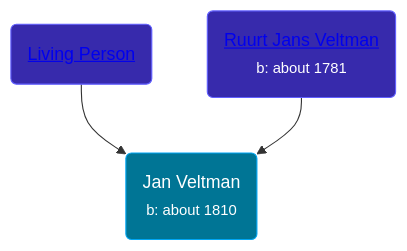
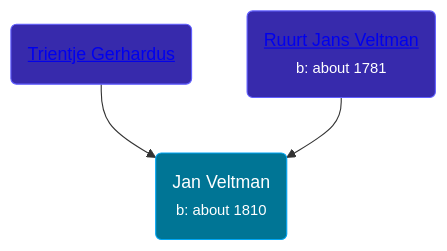
The diagram in pages/people/3/37166632.md (wpmgotkh/wpmgotkh.github.io), drawn with Mermaid before and after one commit. The commit also changed other lines of this file and 586 other files, not shown here.

Commit message:
feat: better shouldConsiderPersonLiving algo

````diff
--- a/pages/people/3/37166632.md
+++ b/pages/people/3/37166632.md
@@ -11,9 +11,9 @@
 ```mermaid
 graph
 classDef grands fill:#193cb8,stroke:#2b7fff,stroke-width:1px,color:#fff;
 classDef parents fill:#372aac,stroke:#615fff,stroke-width:1px,color:#fff;
 classDef primary fill:#007595,stroke:#00a6f4,stroke-width:1px,color:#fff;
 37166632(Jan Veltman<br /><small>b: about 1810</small>):::primary
-5258118(<a class="text-white" href="/people/5/5258118">Living Person</a>):::parents-->37166632
+5258118(<a class="text-white" href="/people/5/5258118">Trientje Gerhardus</a>):::parents-->37166632
 53462276(<a class="text-white" href="/people/5/53462276">Ruurt Jans Veltman</a><br /><small>b: about 1781</small>):::parents-->37166632
 ```
````
